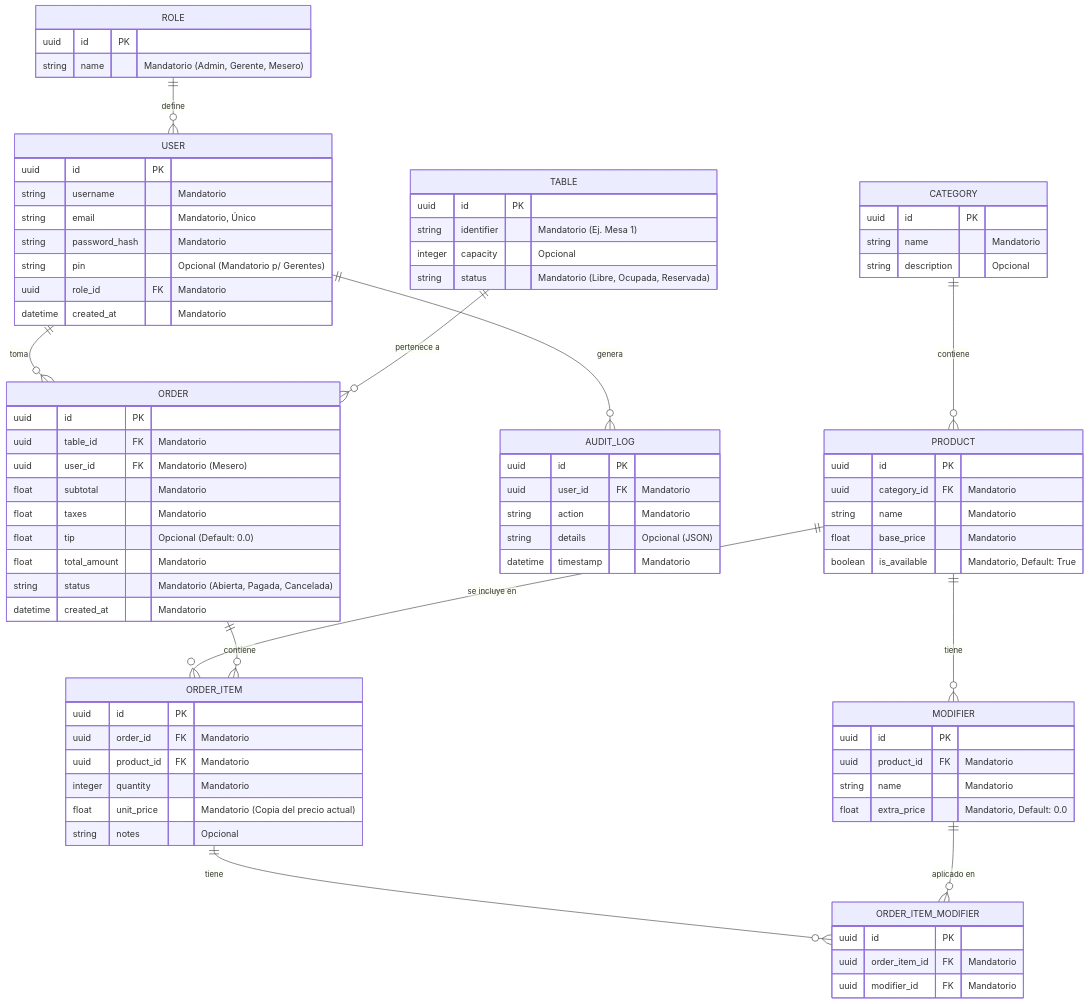
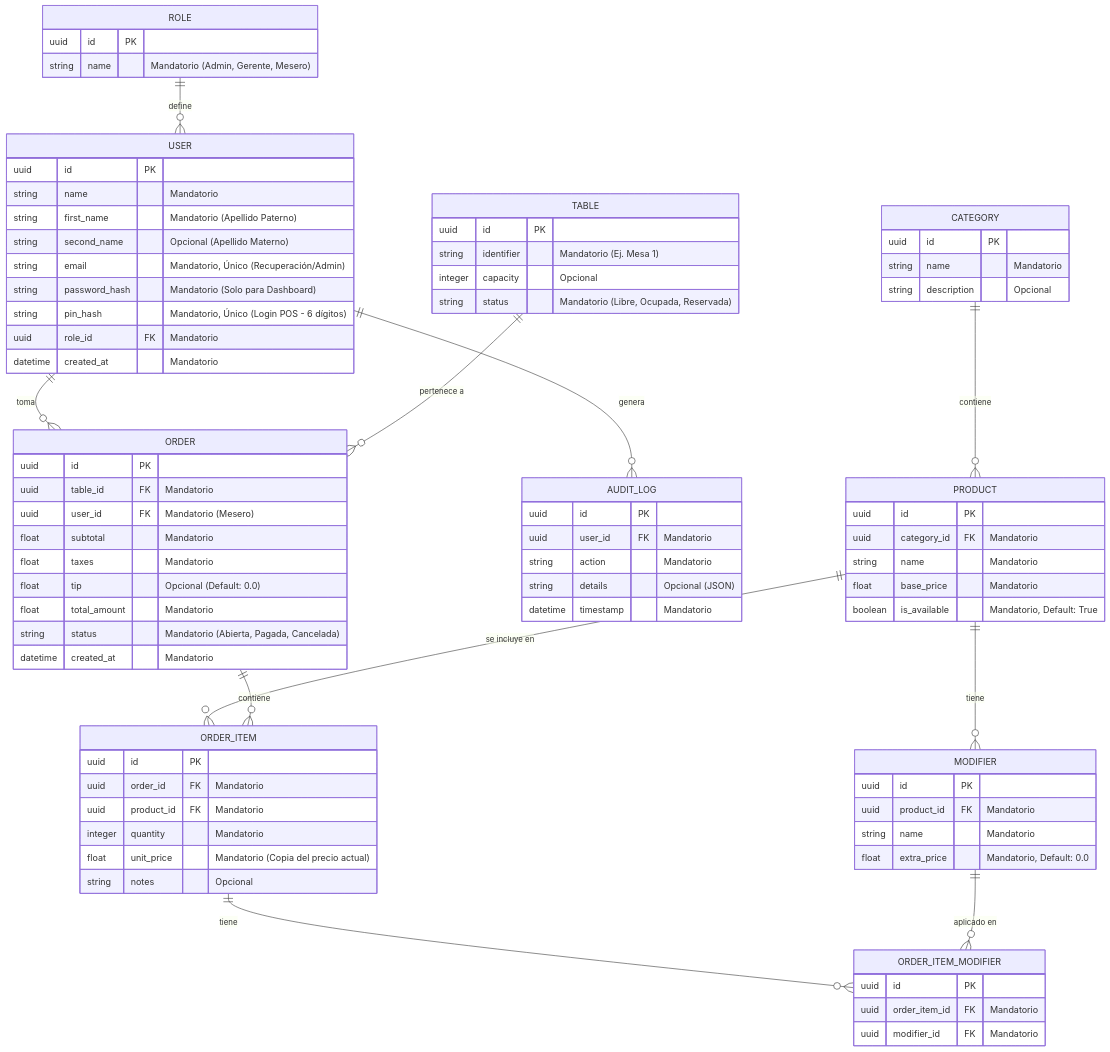
One commit to 0M1N1D0/SystemPOSBackend changed the diagram in documentation/database_design.md. Above: the diagram before and after it, drawn with Mermaid. The commit also changed other lines of this file, not shown here.

Commit message:
update db

```diff
--- a/documentation/database_design.md
+++ b/documentation/database_design.md
@@ -22,10 +22,12 @@
 
     USER {
         uuid id PK
-        string username "Mandatorio"
-        string email "Mandatorio, Único"
-        string password_hash "Mandatorio"
-        string pin "Opcional (Mandatorio p/ Gerentes)"
+        string name "Mandatorio"
+        string first_name "Mandatorio (Apellido Paterno)"
+        string second_name "Opcional (Apellido Materno)"
+        string email "Mandatorio, Único (Recuperación/Admin)"
+        string password_hash "Mandatorio (Solo para Dashboard)"
+        string pin_hash "Mandatorio, Único (Login POS - 6 dígitos)"
         uuid role_id FK "Mandatorio"
         datetime created_at "Mandatorio"
     }
```
